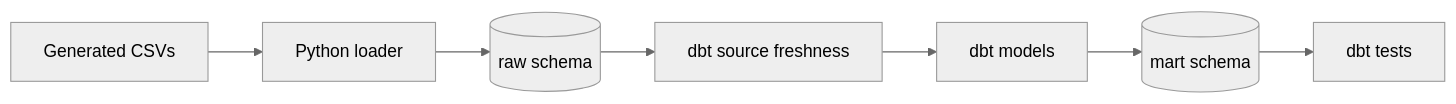
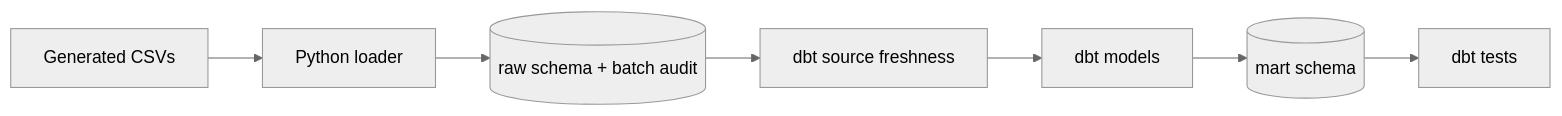
One commit to Wasim-Jussab/finance-analytics-engineering-portfolio changed the diagram in docs/dbt-workflow.md. Above: the diagram before and after it, drawn with Mermaid (neutral theme). The commit also changed other lines of this file and 9 other files, not shown here.

````diff
--- a/docs/dbt-workflow.md
+++ b/docs/dbt-workflow.md
@@ -9,9 +9,9 @@
 ```mermaid
 flowchart LR
     A[Generated CSVs] --> B[Python loader]
-    B --> C[(raw schema)]
+    B --> C[(raw schema + batch audit)]
     C --> G[dbt source freshness]
     G --> D[dbt models]
     D --> E[(mart schema)]
     E --> F[dbt tests]
 ```
````
